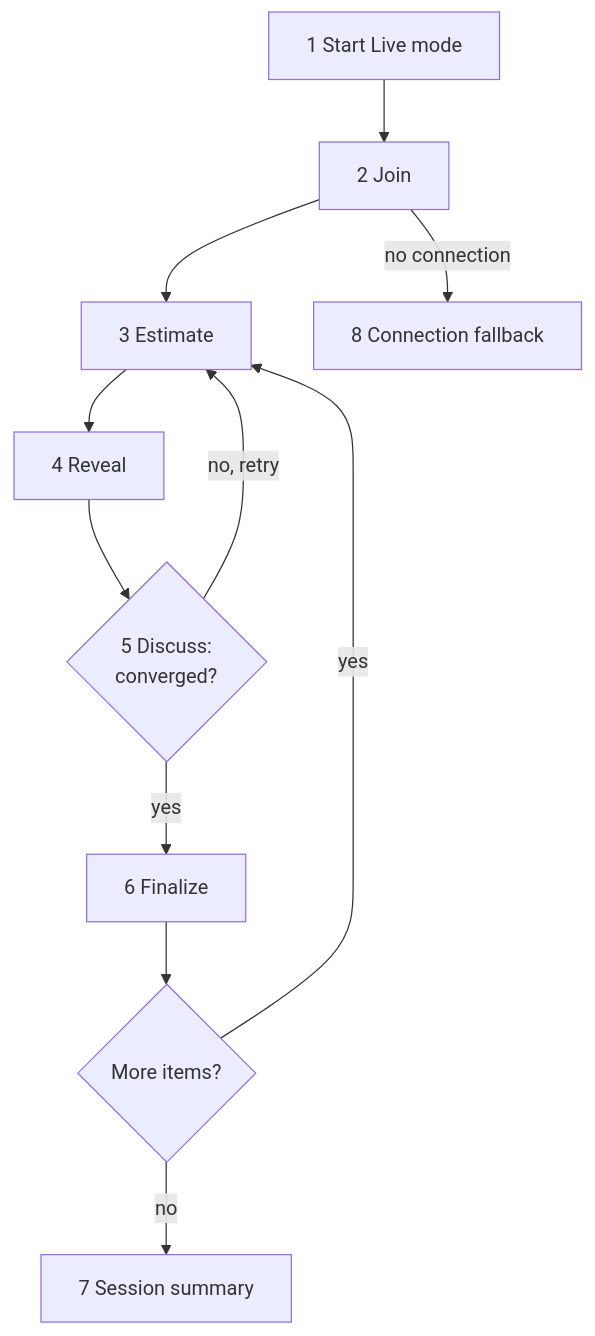
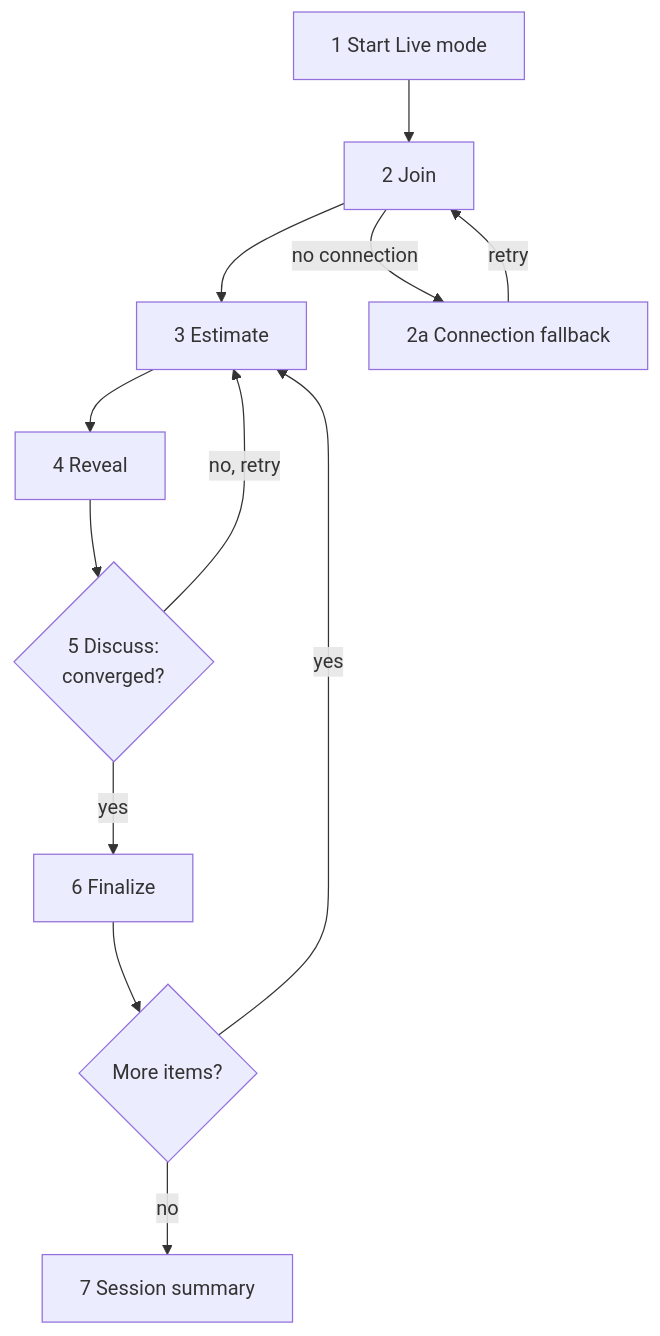
One commit to cfisch3r/estimate changed the first of 3 diagrams in docs/domain/concepts/live-collaboration.md. Above: the diagram before and after it, drawn with Mermaid. The commit also changed other lines of this file and 5 other files, not shown here.

````diff
--- a/docs/domain/concepts/live-collaboration.md
+++ b/docs/domain/concepts/live-collaboration.md
@@ -17,13 +19,14 @@
 ```mermaid
 flowchart TD
     Start["1 Start Live mode"] --> Join["2 Join"]
     Join --> Estimate["3 Estimate"]
-    Join -->|no connection| Fallback["8 Connection fallback"]
+    Join -->|no connection| Fallback["2a Connection fallback"]
+    Fallback -->|retry| Join
     Estimate --> Reveal["4 Reveal"]
     Reveal --> Discuss{"5 Discuss:<br/>converged?"}
     Discuss -->|no, retry| Estimate
     Discuss -->|yes| Finalize["6 Finalize"]
     Finalize --> More{"More items?"}
     More -->|yes| Estimate
     More -->|no| Summary["7 Session summary"]
 ```
````
